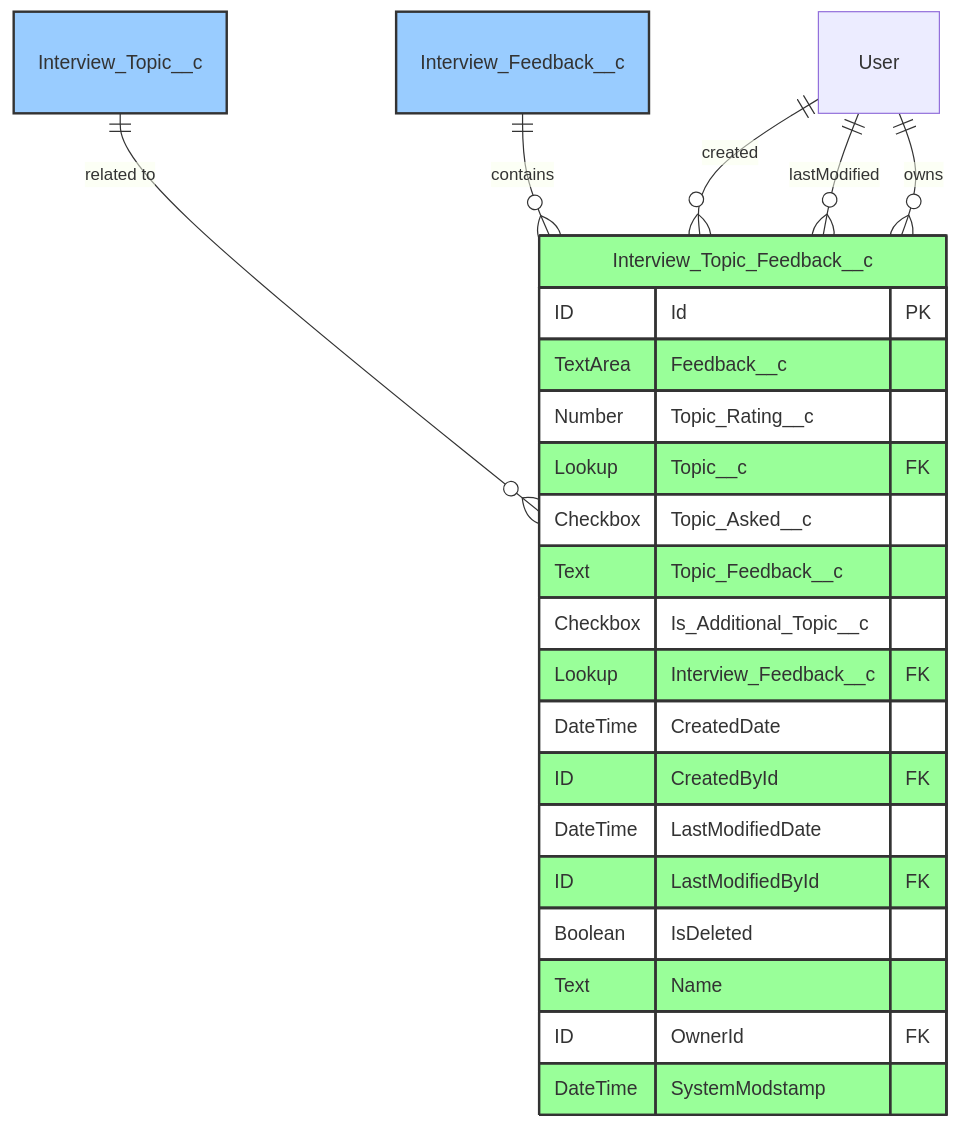
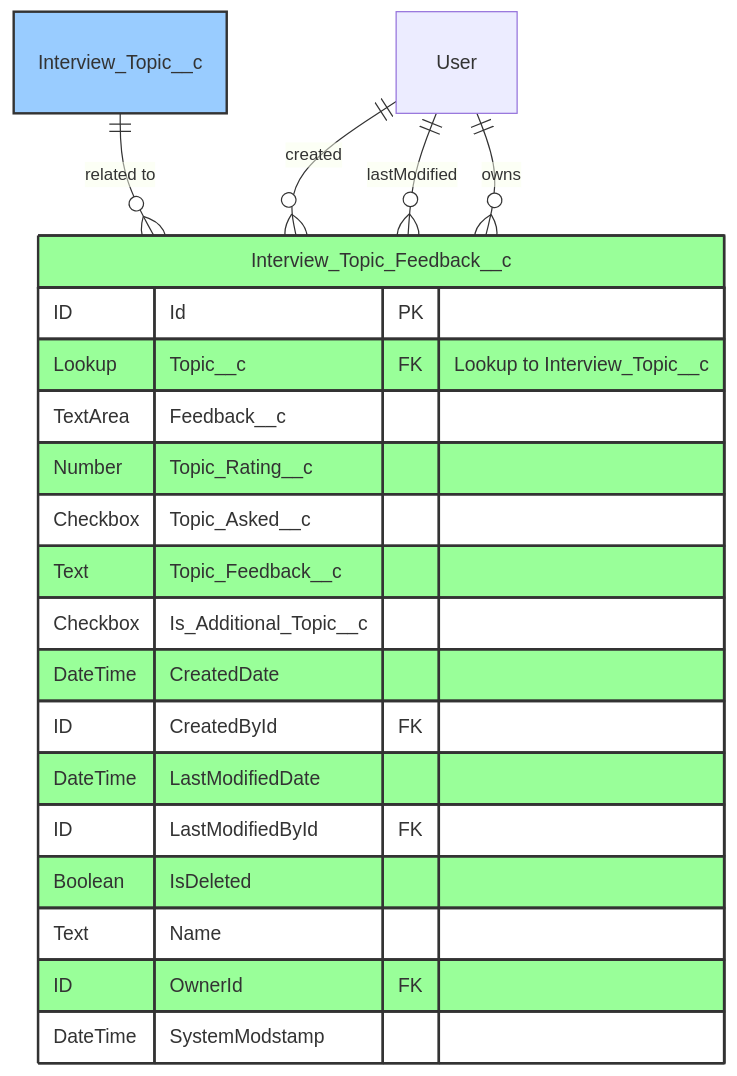
One commit to asymblinc/ProductDocumentations changed the second of 6 diagrams in ATS/ERD_Missing_Objects_Complete.md. Above: the diagram before and after it, drawn with Mermaid. The commit also changed other lines of this file and 12 other files, not shown here.

````diff
--- a/ATS/ERD_Missing_Objects_Complete.md
+++ b/ATS/ERD_Missing_Objects_Complete.md
@@ -45,36 +51,31 @@
 ```mermaid
 erDiagram
     Interview_Topic_Feedback__c {
         ID Id PK
+        Lookup Topic__c FK "Lookup to Interview_Topic__c"
         TextArea Feedback__c
         Number Topic_Rating__c
-        Lookup Topic__c FK
         Checkbox Topic_Asked__c
         Text Topic_Feedback__c
         Checkbox Is_Additional_Topic__c
-        Lookup Interview_Feedback__c FK
         DateTime CreatedDate
         ID CreatedById FK
         DateTime LastModifiedDate
         ID LastModifiedById FK
         Boolean IsDeleted
         Text Name
         ID OwnerId FK
         DateTime SystemModstamp
     }
-    
+
     Interview_Topic__c ||--o{ Interview_Topic_Feedback__c : "related to"
-    Interview_Feedback__c ||--o{ Interview_Topic_Feedback__c : "contains"
     User ||--o{ Interview_Topic_Feedback__c : "created"
     User ||--o{ Interview_Topic_Feedback__c : "lastModified"
     User ||--o{ Interview_Topic_Feedback__c : "owns"
-    
-    %% Color coding
-    classDef masterDetail fill:#ff9999,stroke:#333,stroke-width:2px
+
     classDef lookup fill:#99ccff,stroke:#333,stroke-width:2px
     classDef standard fill:#99ff99,stroke:#333,stroke-width:2px
-    
+
     class Interview_Topic_Feedback__c standard
     class Interview_Topic__c lookup
-    class Interview_Feedback__c lookup
 ```
````
